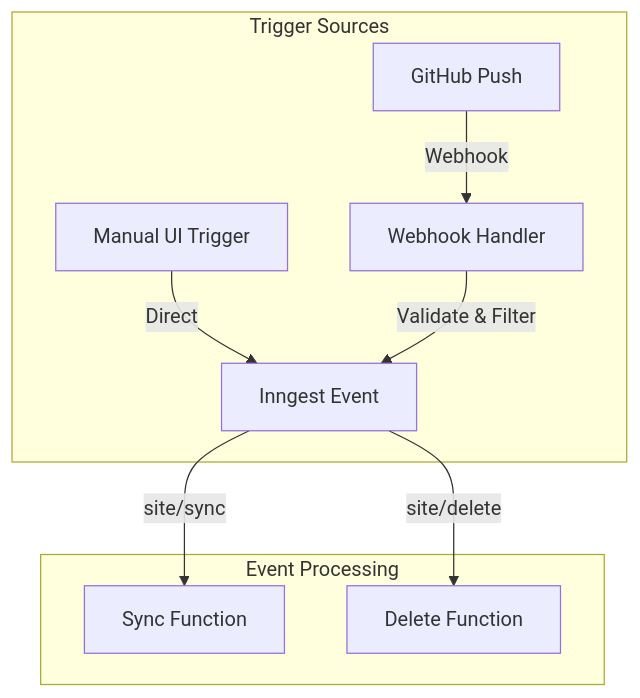
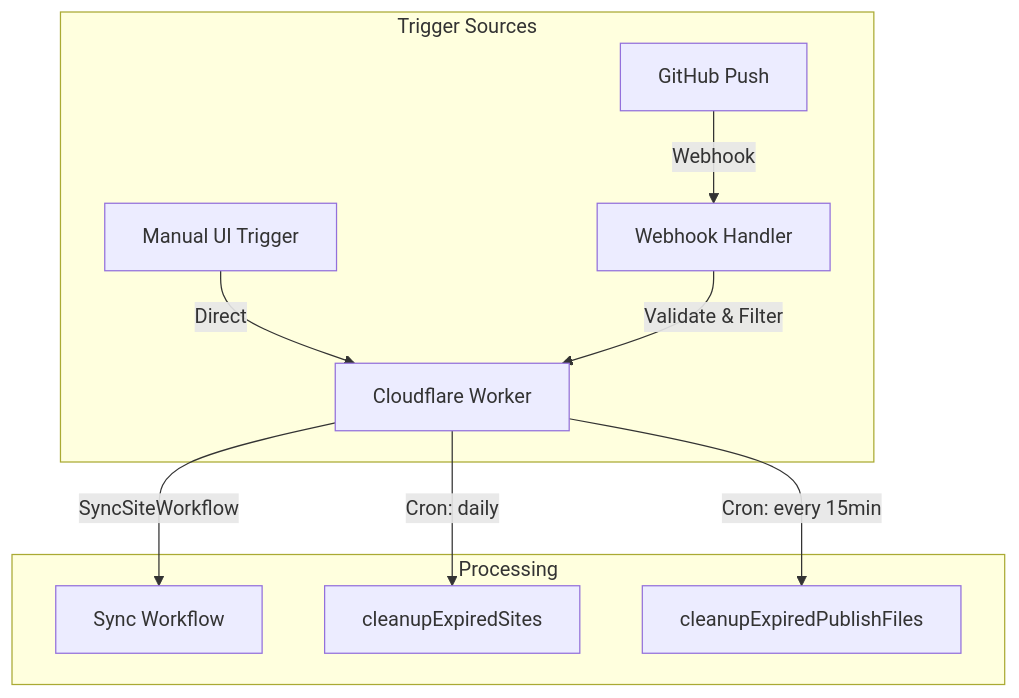
One commit to flowershow/flowershow changed the diagram in apps/flowershow/README.md. Above: the diagram before and after it, drawn with Mermaid. The commit also changed other lines of this file and 3 other files, not shown here.

````diff
--- a/apps/flowershow/README.md
+++ b/apps/flowershow/README.md
@@ -72,13 +72,14 @@
 ```mermaid
 graph TD
     subgraph "Trigger Sources"
         GH[GitHub Push] -->|Webhook| WH[Webhook Handler]
-        UI[Manual UI Trigger] -->|Direct| IE[Inngest Event]
-        WH -->|Validate & Filter| IE
+        UI[Manual UI Trigger] -->|Direct| CW[Cloudflare Worker]
+        WH -->|Validate & Filter| CW
     end
 
-    subgraph "Event Processing"
-        IE -->|site/sync| SF[Sync Function]
-        IE -->|site/delete| DF[Delete Function]
+    subgraph "Processing"
+        CW -->|SyncSiteWorkflow| SF[Sync Workflow]
+        CW -->|Cron: daily| DF[cleanupExpiredSites]
+        CW -->|Cron: every 15min| PF[cleanupExpiredPublishFiles]
     end
 ```
````
